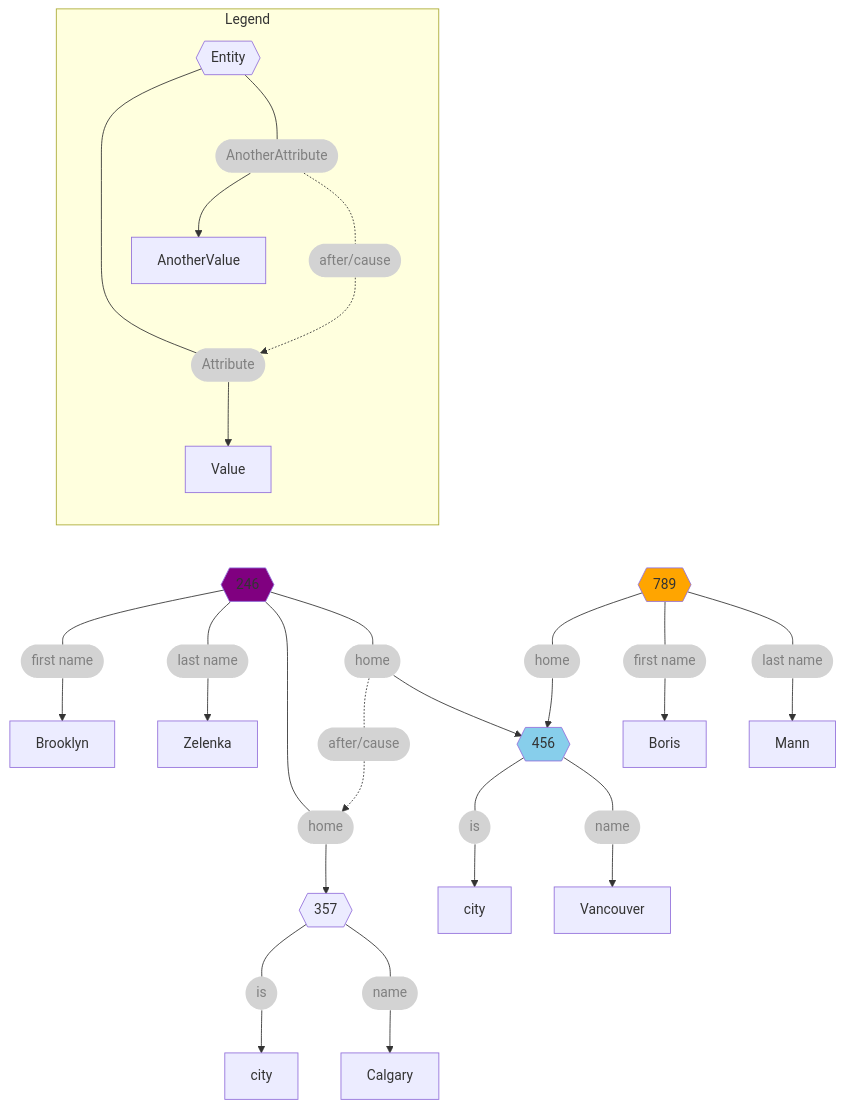
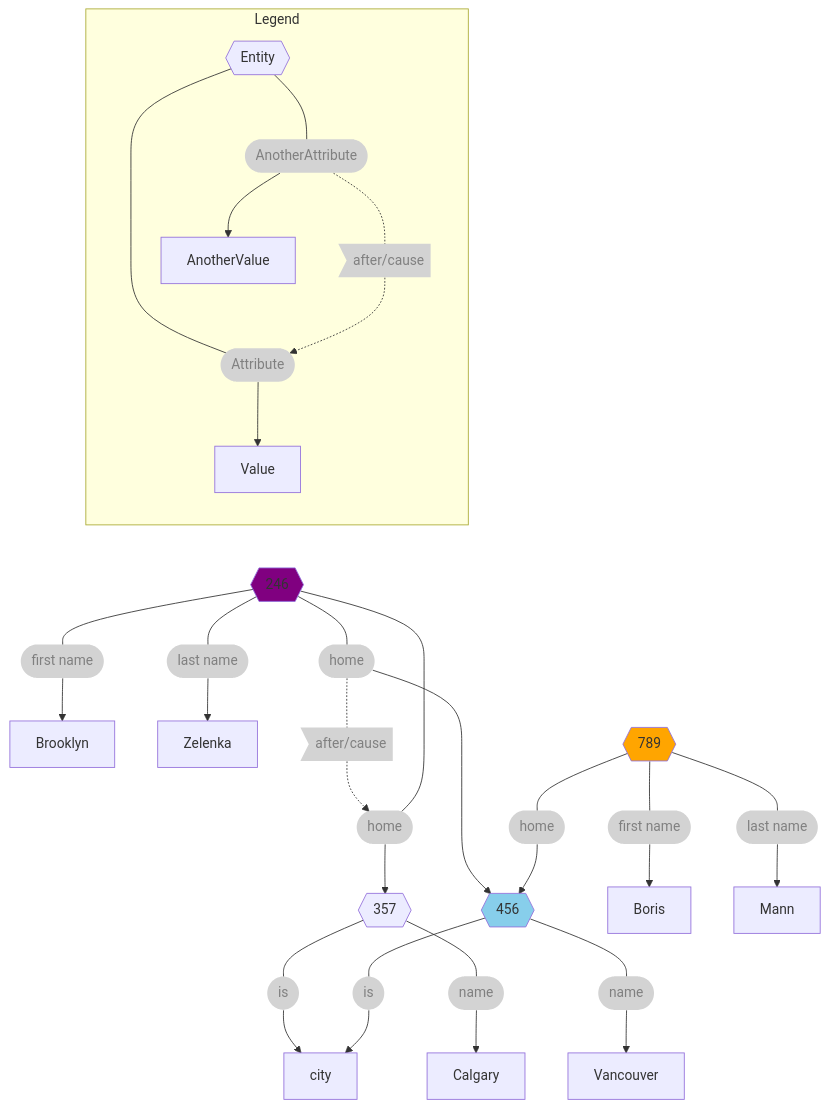
The first of 2 diagrams in README.md (RhizomeDB/spec), drawn with Mermaid before and after one commit.

Commit message:
Clearer labelling

````diff
--- a/README.md
+++ b/README.md
@@ -266,35 +266,35 @@
 ``` mermaid
 flowchart TB
     subgraph Legend
       direction TB
       entity{{Entity}} --- att([Attribute]):::attr --> Value
       entity --- att2([AnotherAttribute]):::attr --> AnotherValue
-      att2 -.- cause([after/cause]):::attr -.-> att
+      att2 -.- cause>after/cause]:::attr -.-> att
     end
 
     Legend ~~~ entityBZ
 
     entityBZ{{246}} --- bzFN([first name]):::attr --> Brooklyn
     entityBZ --- bzLN([last name]):::attr --> Zelenka
 
-    bzNewCity -.- after([after/cause]):::attr .-> bzOldCity
+    bzNewCity -.- after>after/cause]:::attr .-> bzOldCity
 
     entityBZ --- bzOldCity([home]):::attr --> entityCgy
     entityBZ --- bzNewCity([home]):::attr --> entityVC
 
     entityBM --- bmCity([home]):::attr --> entityVC
     entityBM{{789}} --- bmFN([first name]):::attr --> Boris
     entityBM --- bmLN([last name]):::attr --> Mann
 
-    entityCgy{{357}} --- calIs([is]):::attr --> calCty[city]
+    entityCgy{{357}} --- calIs([is]):::attr --> city
     entityCgy --- calName([name]):::attr --> Calgary
 
-    entityVC{{456}} --- vcIs([is]):::attr --> vcCty[city]
+    entityVC{{456}} --- vcIs([is]):::attr --> city
     entityVC --- vcName([name]):::attr --> Vancouver
 
     style entityBM fill:orange
     style entityBZ fill:purple
     style entityVC fill:skyblue
 
     classDef attr fill:lightgrey,color:grey,stroke:none;
 ```
````
